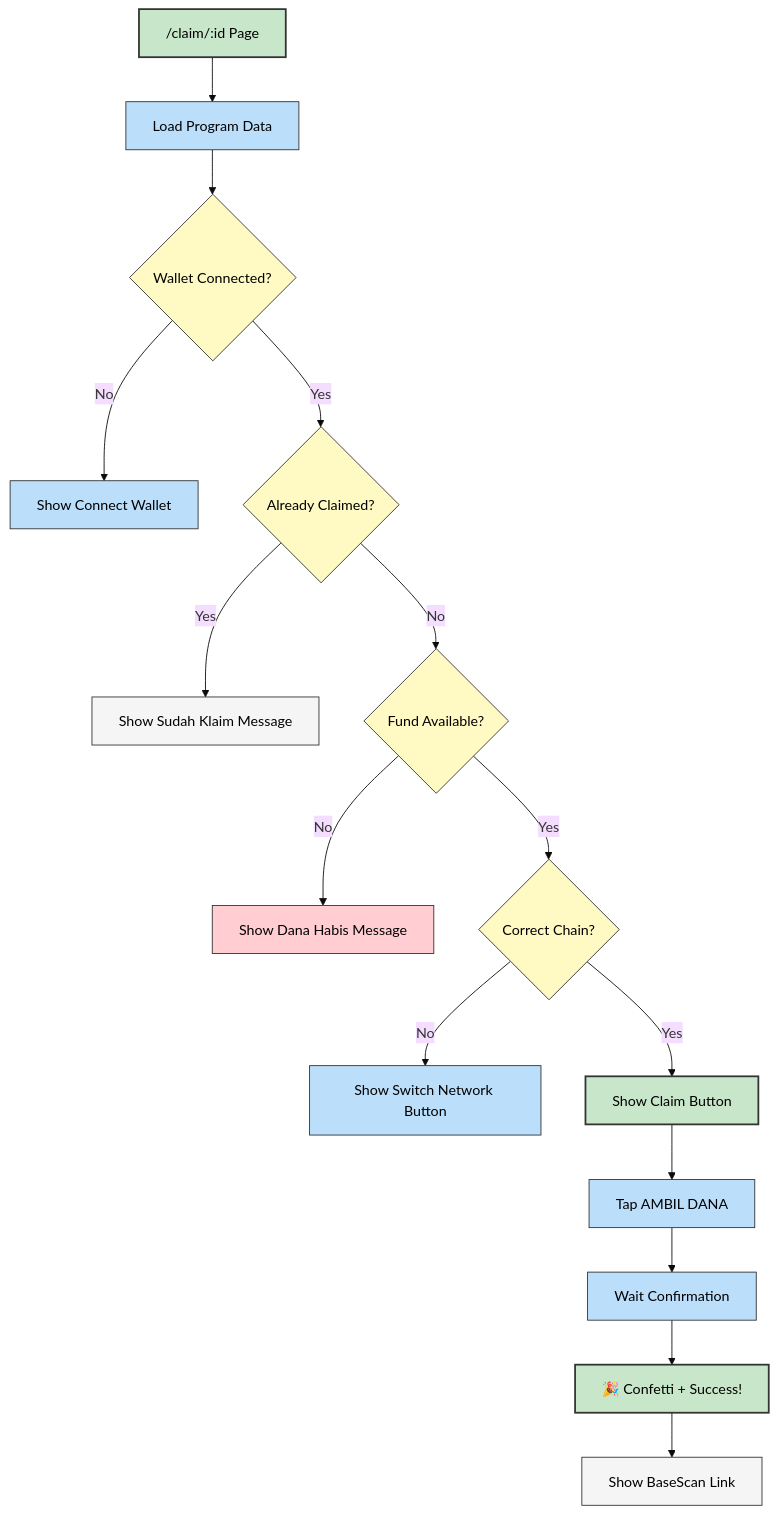
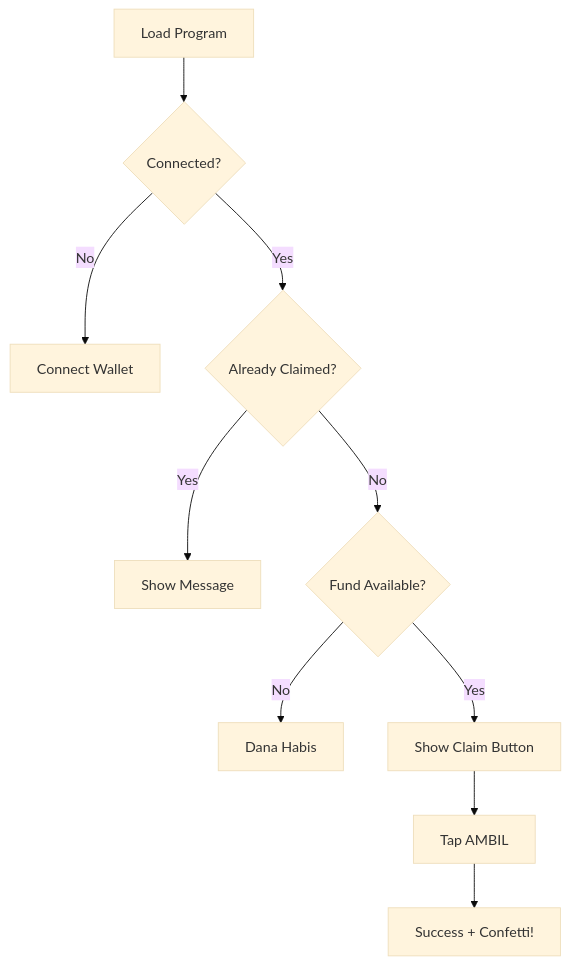
One commit to raflimulyarahman/PocketGrant changed the seventh of 9 diagrams in WALKTHROUGH.md. Above: the diagram before and after it, drawn with Mermaid (base theme). The commit also changed other lines of this file, not shown here.

Commit message:
docs: Simplify mermaid diagrams and entity details in the walkthrough.

````diff
--- a/WALKTHROUGH.md
+++ b/WALKTHROUGH.md
@@ -346,27 +180,12 @@
 ```mermaid
 flowchart TD
-    classDef positive stroke:#333,stroke-width:2px,fill:#c8e6c9,color:#000
-    classDef actionNode stroke:#333,stroke-width:1px,fill:#bbdefb,color:#000
-    classDef decision stroke:#333,stroke-width:1px,fill:#fff9c4,color:#000
-    classDef danger stroke:#333,stroke-width:1px,fill:#ffcdd2,color:#000
-    classDef infoNode stroke:#333,stroke-width:1px,fill:#f5f5f5,color:#000
-
-    A["/claim/:id Page"]:::positive --> B["Load Program Data"]:::actionNode
-    B --> C{Wallet Connected?}:::decision
-    C -->|No| D["Show Connect Wallet"]:::actionNode
-    C -->|Yes| E{Already Claimed?}:::decision
-
-    E -->|Yes| F["Show Sudah Klaim Message"]:::infoNode
-    E -->|No| G{Fund Available?}:::decision
-
-    G -->|No| H["Show Dana Habis Message"]:::danger
-    G -->|Yes| I{Correct Chain?}:::decision
-
-    I -->|No| J["Show Switch Network Button"]:::actionNode
-    I -->|Yes| K["Show Claim Button"]:::positive
-
-    K --> L["Tap AMBIL DANA"]:::actionNode
-    L --> M["Wait Confirmation"]:::actionNode
-    M --> N["🎉 Confetti + Success!"]:::positive
-    N --> O["Show BaseScan Link"]:::infoNode
+    A[Load Program] --> B{Connected?}
+    B -->|No| C[Connect Wallet]
+    B -->|Yes| D{Already Claimed?}
+    D -->|Yes| E[Show Message]
+    D -->|No| F{Fund Available?}
+    F -->|No| G[Dana Habis]
+    F -->|Yes| H[Show Claim Button]
+    H --> I[Tap AMBIL]
+    I --> J[Success + Confetti!]
 ```
````
